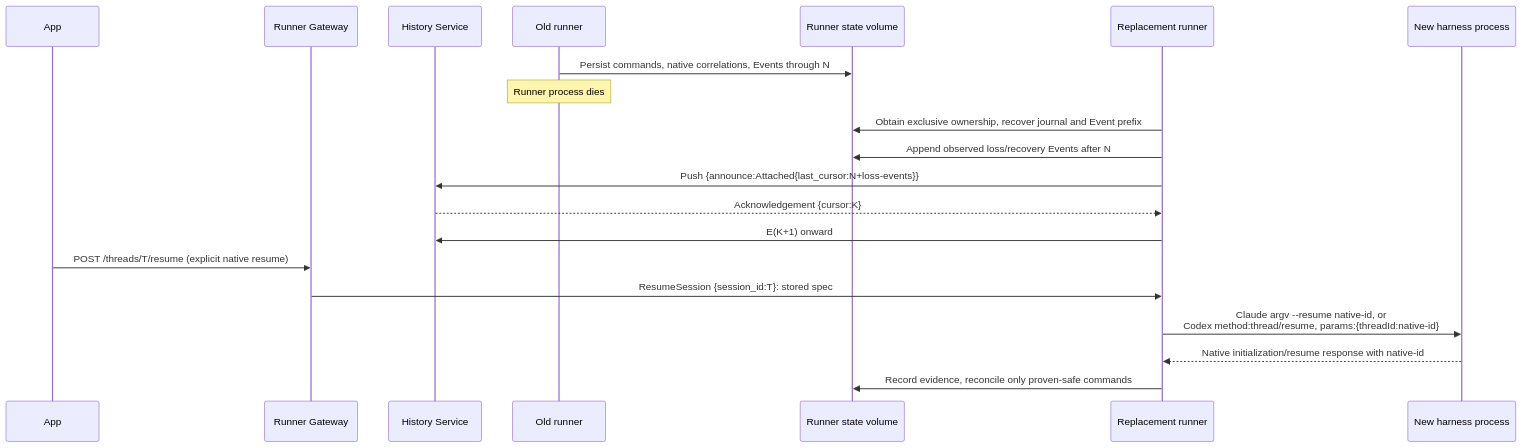
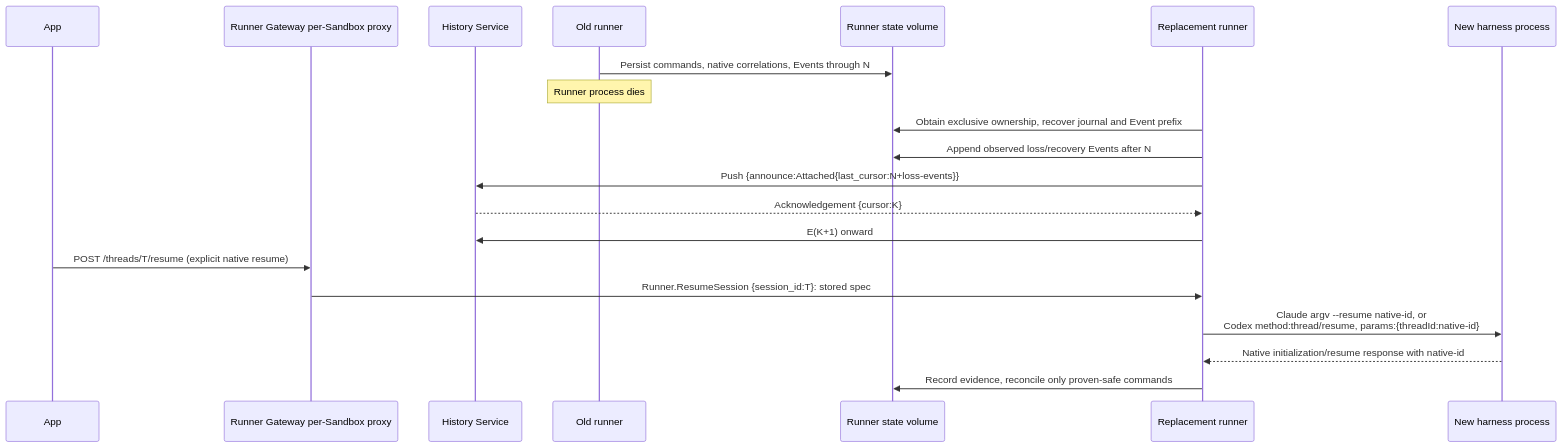
Before and after one commit to agentydragon-agent/ducktape: the fifth of 5 diagrams in agentplane/docs/thread_layering.md, drawn with Mermaid. The commit also changed other lines of this file and 12 other files, not shown here.

````diff
--- a/agentplane/docs/thread_layering.md
+++ b/agentplane/docs/thread_layering.md
@@ -442,22 +442,22 @@
 ```mermaid
 sequenceDiagram
     participant A as App
-    participant G as Runner Gateway
+    participant G as Runner Gateway per-Sandbox proxy
     participant HS as History Service
     participant R1 as Old runner
     participant S as Runner state volume
     participant R2 as Replacement runner
     participant H as New harness process
     R1->>S: Persist commands, native correlations, Events through N
     Note over R1: Runner process dies
     R2->>S: Obtain exclusive ownership, recover journal and Event prefix
     R2->>S: Append observed loss/recovery Events after N
     R2->>HS: Push {announce:Attached{last_cursor:N+loss-events}}
     HS-->>R2: Acknowledgement {cursor:K}
     R2->>HS: E(K+1) onward
     A->>G: POST /threads/T/resume (explicit native resume)
-    G->>R2: ResumeSession {session_id:T}: stored spec
+    G->>R2: Runner.ResumeSession {session_id:T}: stored spec
     R2->>H: Claude argv --resume native-id, or<br/>Codex method:thread/resume, params:{threadId:native-id}
     H-->>R2: Native initialization/resume response with native-id
     R2->>S: Record evidence, reconcile only proven-safe commands
 ```
````
